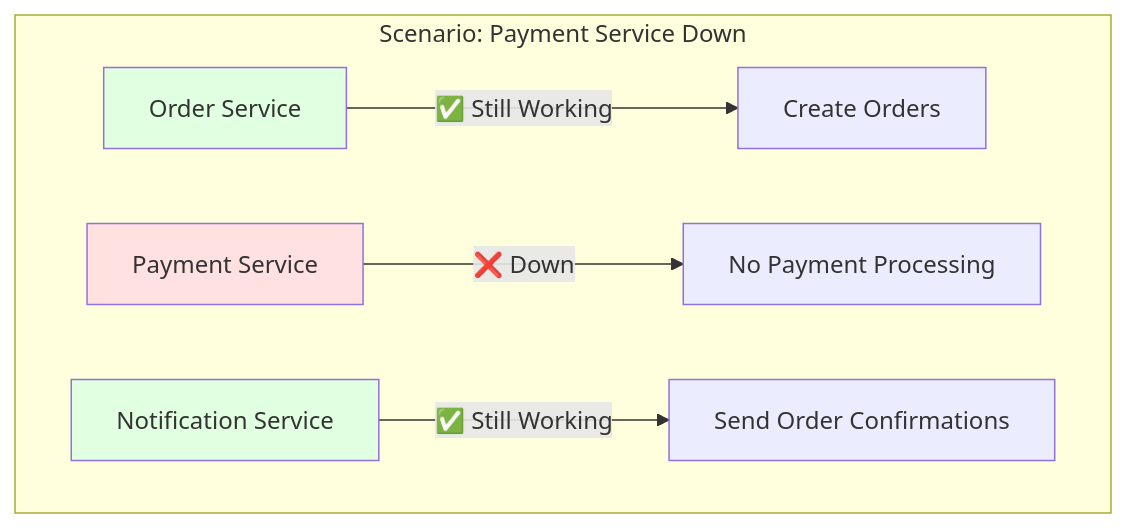
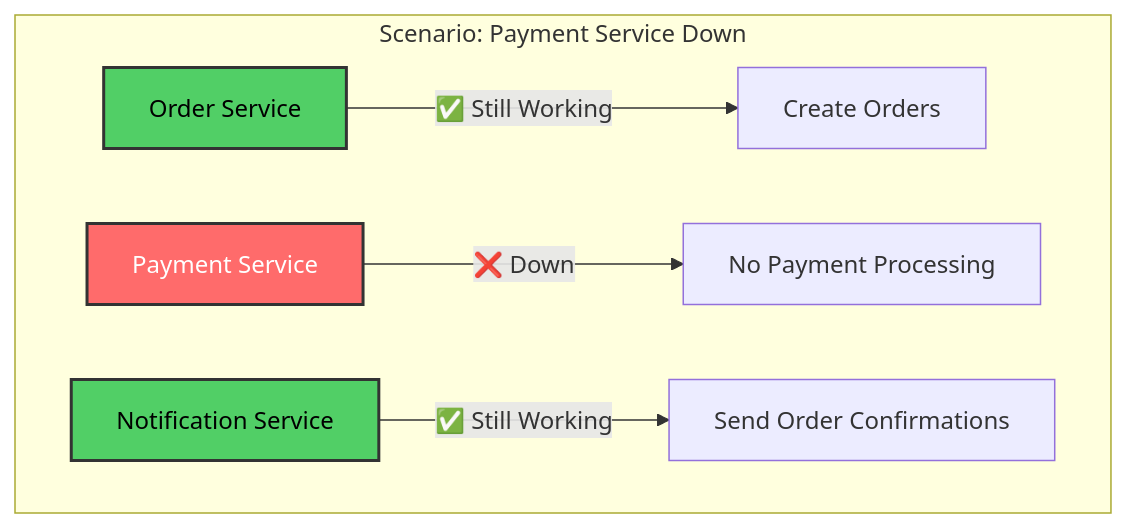
One commit to elewashy/Tanta-University changed the tenth of 17 diagrams in Level_3/Semester_1/Distributed_Systems/Project/System_Architecture_in_Distributed_Systems/docs/ARCHITECTURE.md. Above: the diagram before and after it, drawn with Mermaid. The commit also changed other lines of this file and 4 other files, not shown here.

````diff
--- a/Level_3/Semester_1/Distributed_Systems/Project/System_Architecture_in_Distributed_Systems/docs/ARCHITECTURE.md
+++ b/Level_3/Semester_1/Distributed_Systems/Project/System_Architecture_in_Distributed_Systems/docs/ARCHITECTURE.md
@@ -390,12 +390,12 @@
 ```mermaid
 graph TB
     subgraph "Scenario: Payment Service Down"
         A[Order Service] -->|✅ Still Working| B[Create Orders]
         C[Payment Service] -->|❌ Down| D[No Payment Processing]
         E[Notification Service] -->|✅ Still Working| F[Send Order Confirmations]
     end
     
-    style A fill:#e1ffe1
-    style C fill:#ffe1e1
-    style E fill:#e1ffe1
+    style A fill:#51cf66,stroke:#333,stroke-width:2px,color:#000
+    style C fill:#ff6b6b,stroke:#333,stroke-width:2px,color:#fff
+    style E fill:#51cf66,stroke:#333,stroke-width:2px,color:#000
 ```
````
